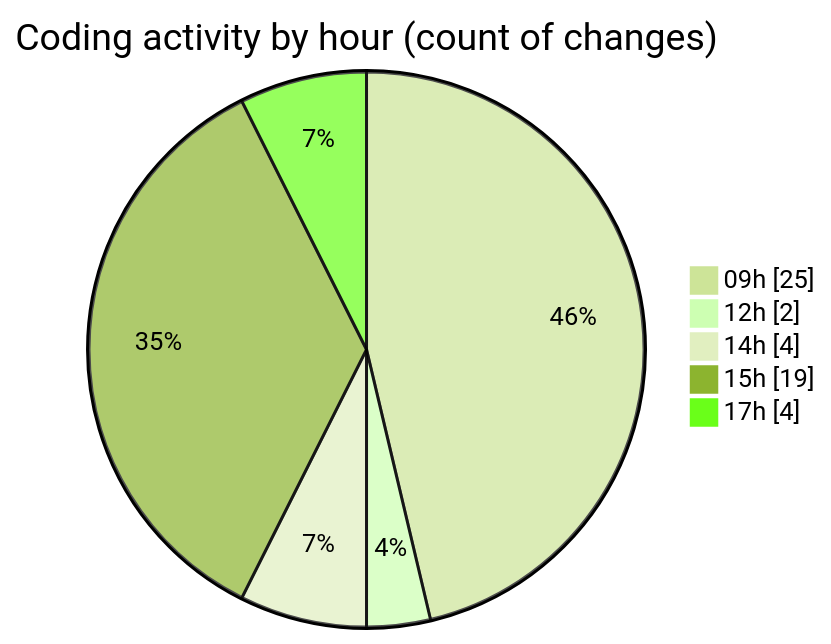
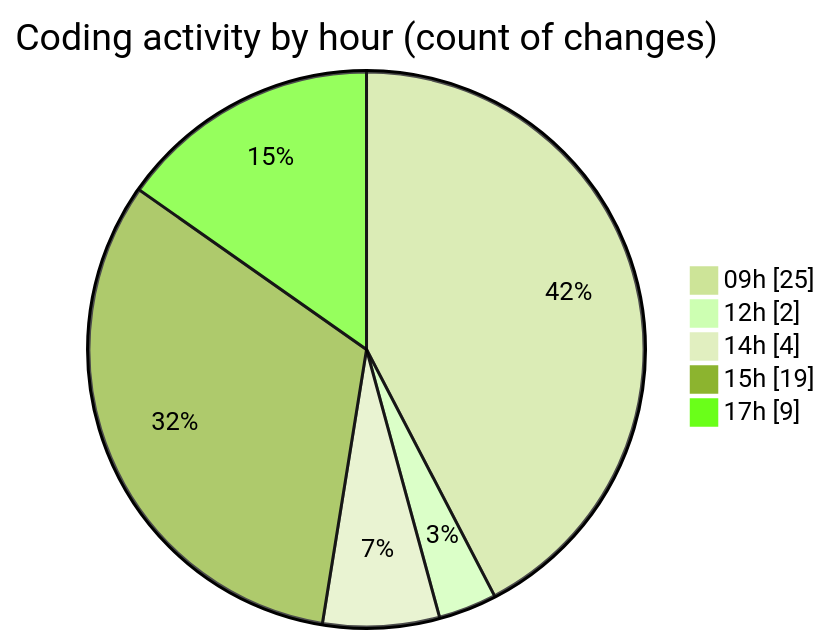
The second of 2 diagrams in 2025-11-12/eventscop-frontend-guide__workspace_/README.md (julien-gomy/code-tracking), drawn with Mermaid (forest theme) before and after one commit. The commit also changed other lines of this file and 1 other file, not shown here.

````diff
--- a/2025-11-12/eventscop-frontend-guide__workspace_/README.md
+++ b/2025-11-12/eventscop-frontend-guide__workspace_/README.md
@@ -39,9 +41,9 @@
 ```mermaid
 pie showData
 title Coding activity by hour (count of changes)
 "09h" : 25
 "12h" : 2
 "14h" : 4
 "15h" : 19
-"17h" : 4
+"17h" : 9
 ```
````
